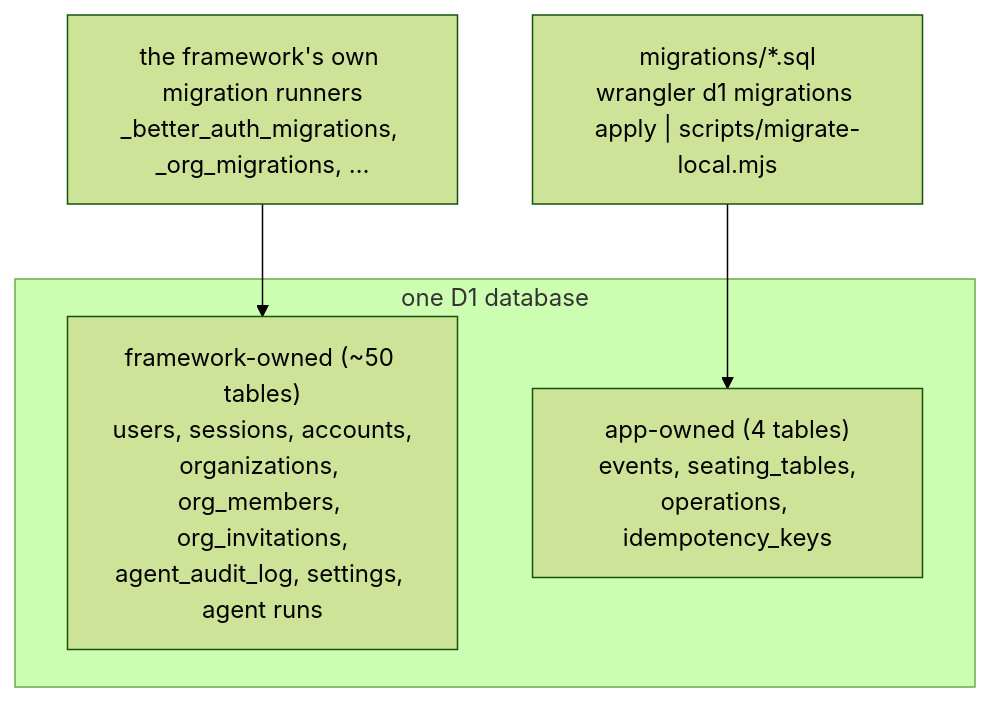
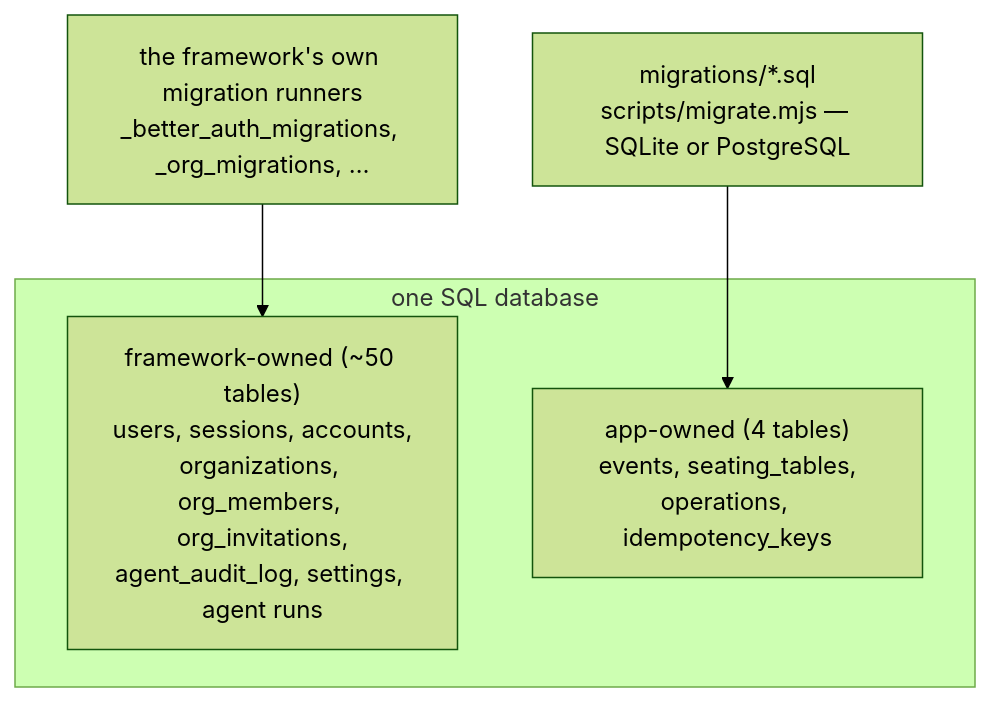
Before and after one commit to anbergem/seating-arrangement: diagram 11 of 14 in ARCHITECTURE.md, drawn with Mermaid (forest theme). The commit also changed other lines of this file and 102 other files, not shown here.

````diff
--- a/ARCHITECTURE.md
+++ b/ARCHITECTURE.md
@@ -497,9 +498,9 @@
 ```mermaid
 flowchart TB
-  subgraph DB["one D1 database"]
+  subgraph DB["one SQL database"]
     FW["framework-owned (~50 tables)<br/>users, sessions, accounts,<br/>organizations, org_members, org_invitations,<br/>agent_audit_log, settings, agent runs"]
     APP["app-owned (4 tables)<br/>events, seating_tables,<br/>operations, idempotency_keys"]
   end
   R1["the framework's own migration runners<br/>_better_auth_migrations, _org_migrations, …"] --> FW
-  R2["migrations/*.sql<br/>wrangler d1 migrations apply | scripts/migrate-local.mjs"] --> APP
+  R2["migrations/*.sql<br/>scripts/migrate.mjs — SQLite or PostgreSQL"] --> APP
 ```
````
